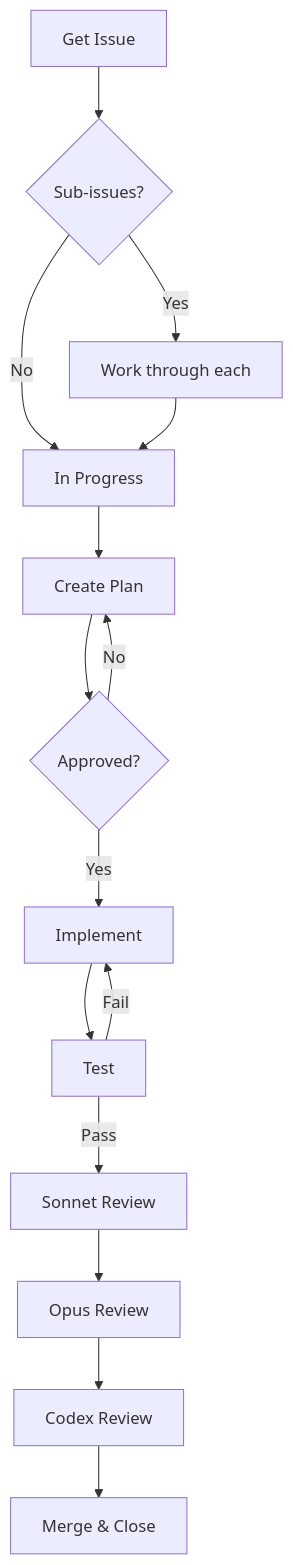
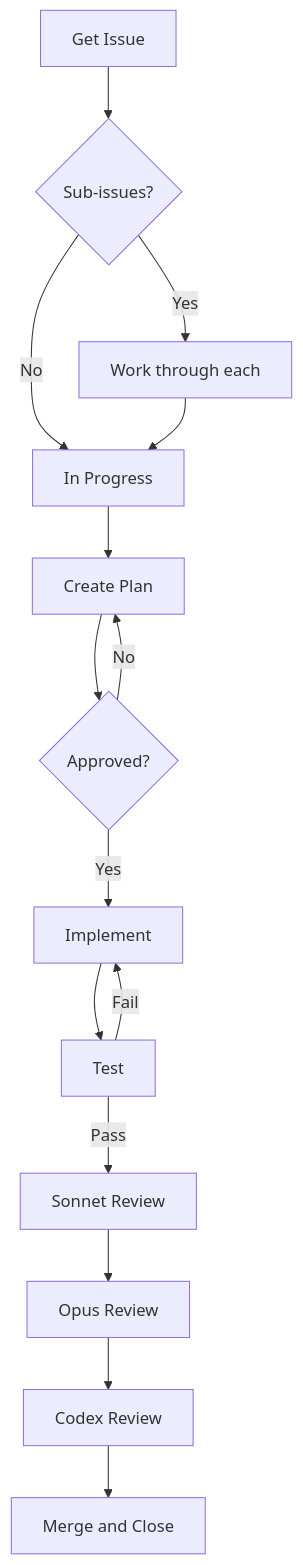
Before and after one commit to inceptyon-labs/PASIV: the diagram in README.md, drawn with Mermaid.

Commit message:
fix: use GitHub docs mermaid syntax with semicolons

````diff
--- a/README.md
+++ b/README.md
@@ -40,17 +40,17 @@
 ```mermaid
-graph TD
-    A[Get Issue] --> B{Sub-issues?}
-    B -->|Yes| C[Work through each]
-    B -->|No| D[In Progress]
-    C --> D
-    D --> E[Create Plan]
-    E --> F{Approved?}
-    F -->|No| E
-    F -->|Yes| G[Implement]
-    G --> H[Test]
-    H -->|Fail| G
-    H -->|Pass| I[Sonnet Review]
-    I --> J[Opus Review]
-    J --> K[Codex Review]
-    K --> L[Merge & Close]
+graph TD;
+    A[Get Issue]-->B{Sub-issues?};
+    B-->|Yes|C[Work through each];
+    B-->|No|D[In Progress];
+    C-->D;
+    D-->E[Create Plan];
+    E-->F{Approved?};
+    F-->|No|E;
+    F-->|Yes|G[Implement];
+    G-->H[Test];
+    H-->|Fail|G;
+    H-->|Pass|I[Sonnet Review];
+    I-->J[Opus Review];
+    J-->K[Codex Review];
+    K-->L[Merge and Close];
 ```
````
